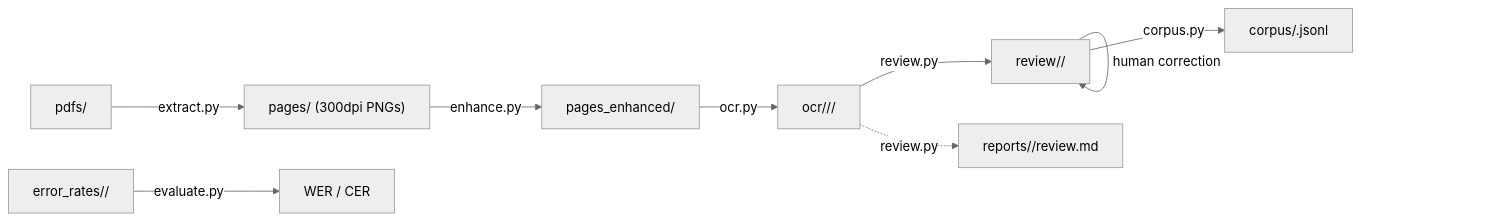
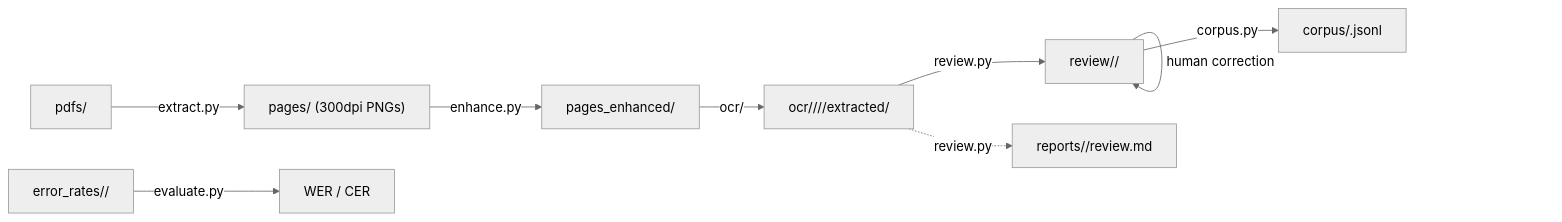
Before and after one commit to crispyfunicular/ocr_pipeline: the diagram in ARCHITECTURE.md, drawn with Mermaid (neutral theme). The commit also changed other lines of this file and 698 other files, not shown here.

````diff
--- a/ARCHITECTURE.md
+++ b/ARCHITECTURE.md
@@ -9,11 +9,11 @@
 ```mermaid
 graph LR
     A[pdfs/] -->|extract.py| B["pages/ (300dpi PNGs)"]
     B -->|enhance.py| C[pages_enhanced/]
-    C -->|ocr.py| D["ocr/<book>/<model>/"]
+    C -->|ocr/| D["ocr/<book>/<model>/<run>/extracted/"]
     D -->|review.py| E["review/<book>/"]
     E -->|"human correction"| E
     E -->|corpus.py| F["corpus/<book>.jsonl"]
     D -.->|review.py| R["reports/<book>/review.md"]
     G["error_rates/<book>/"] -->|evaluate.py| H[WER / CER]
 ```
````
